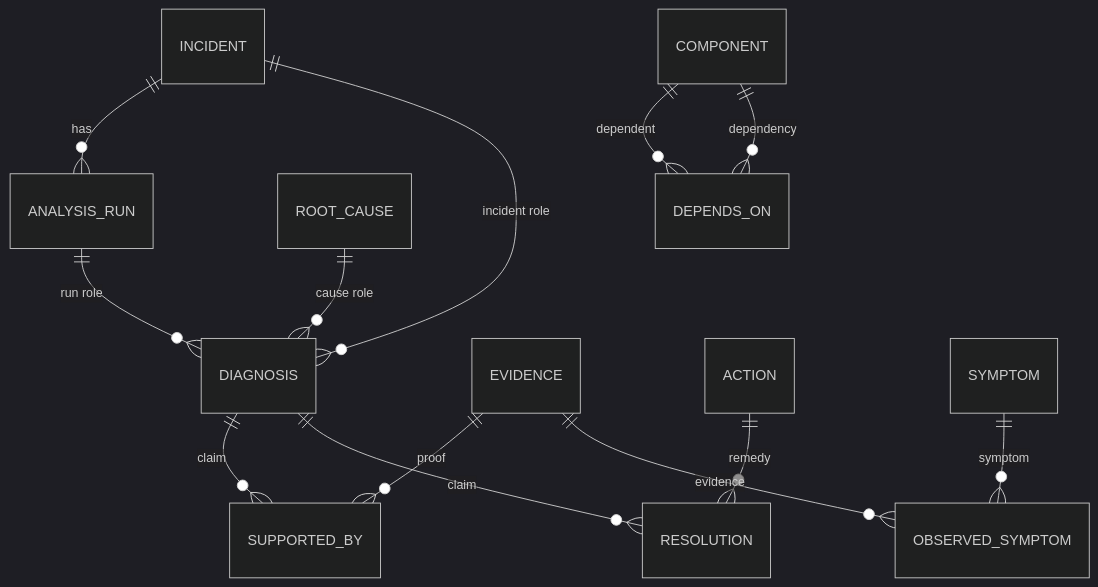
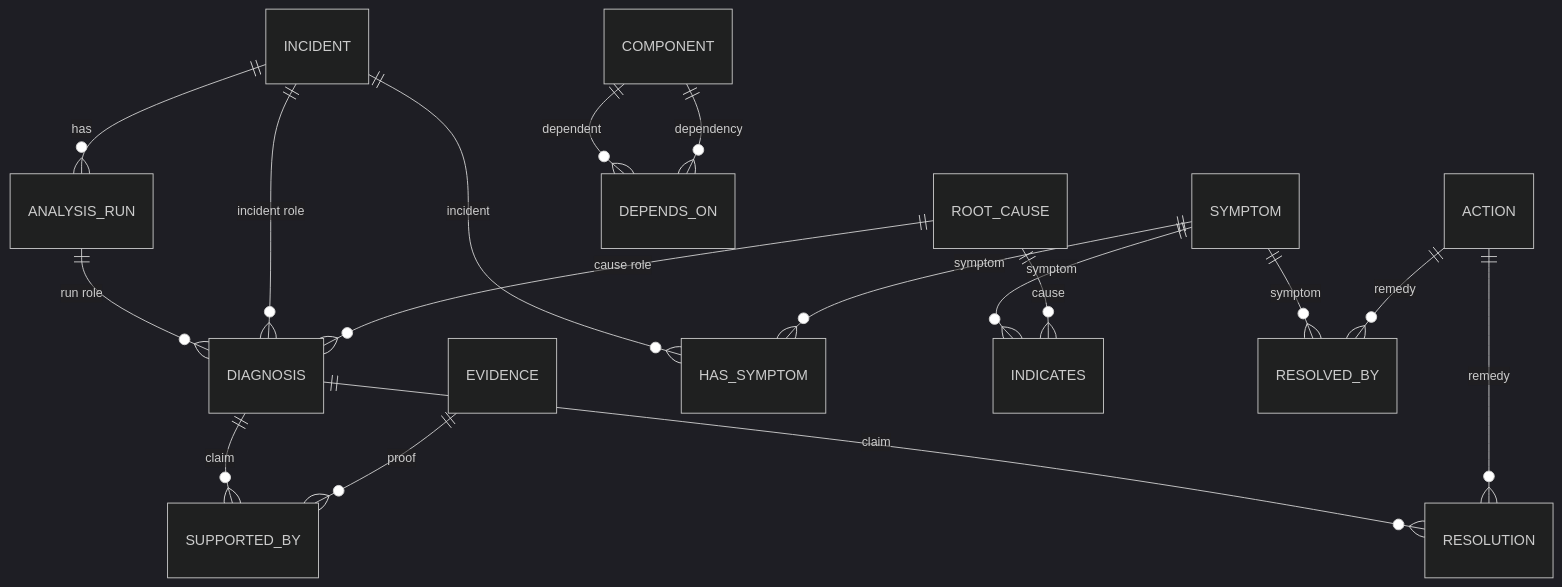
One commit to uclix-nvidia-sw/runaiRCA changed the third of 5 diagrams in docs/ko/ONTOLOGY-GUIDE.md. Above: the diagram before and after it, drawn with Mermaid (dark theme). The commit also changed other lines of this file and 12 other files, not shown here.

````diff
--- a/docs/ko/ONTOLOGY-GUIDE.md
+++ b/docs/ko/ONTOLOGY-GUIDE.md
@@ -37,15 +63,19 @@
 ```mermaid
 erDiagram
   INCIDENT ||--o{ ANALYSIS_RUN : has
   ANALYSIS_RUN ||--o{ DIAGNOSIS : "run role"
   INCIDENT ||--o{ DIAGNOSIS : "incident role"
   ROOT_CAUSE ||--o{ DIAGNOSIS : "cause role"
   DIAGNOSIS ||--o{ SUPPORTED_BY : claim
   EVIDENCE ||--o{ SUPPORTED_BY : proof
   DIAGNOSIS ||--o{ RESOLUTION : claim
   ACTION ||--o{ RESOLUTION : remedy
   COMPONENT ||--o{ DEPENDS_ON : dependent
   COMPONENT ||--o{ DEPENDS_ON : dependency
-  SYMPTOM ||--o{ OBSERVED_SYMPTOM : symptom
-  EVIDENCE ||--o{ OBSERVED_SYMPTOM : evidence
+  INCIDENT ||--o{ HAS_SYMPTOM : incident
+  SYMPTOM ||--o{ HAS_SYMPTOM : symptom
+  SYMPTOM ||--o{ INDICATES : symptom
+  ROOT_CAUSE ||--o{ INDICATES : cause
+  SYMPTOM ||--o{ RESOLVED_BY : symptom
+  ACTION ||--o{ RESOLVED_BY : remedy
 ```
````
